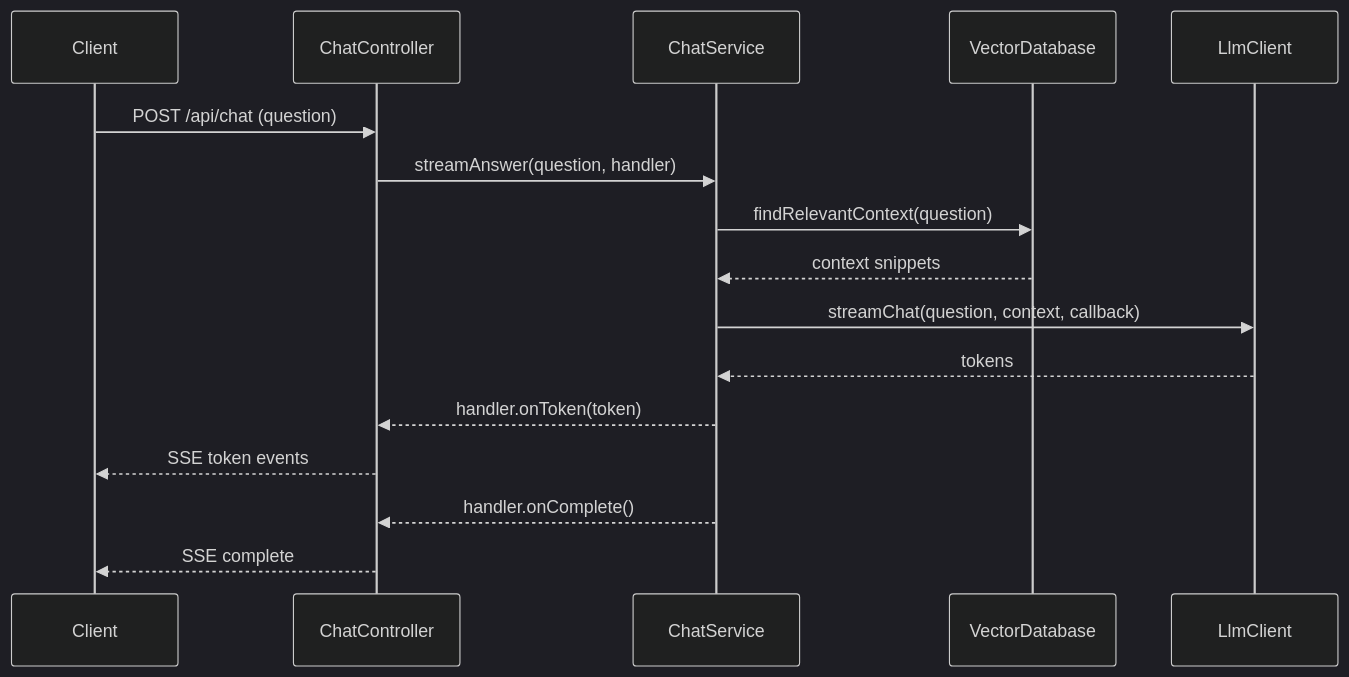
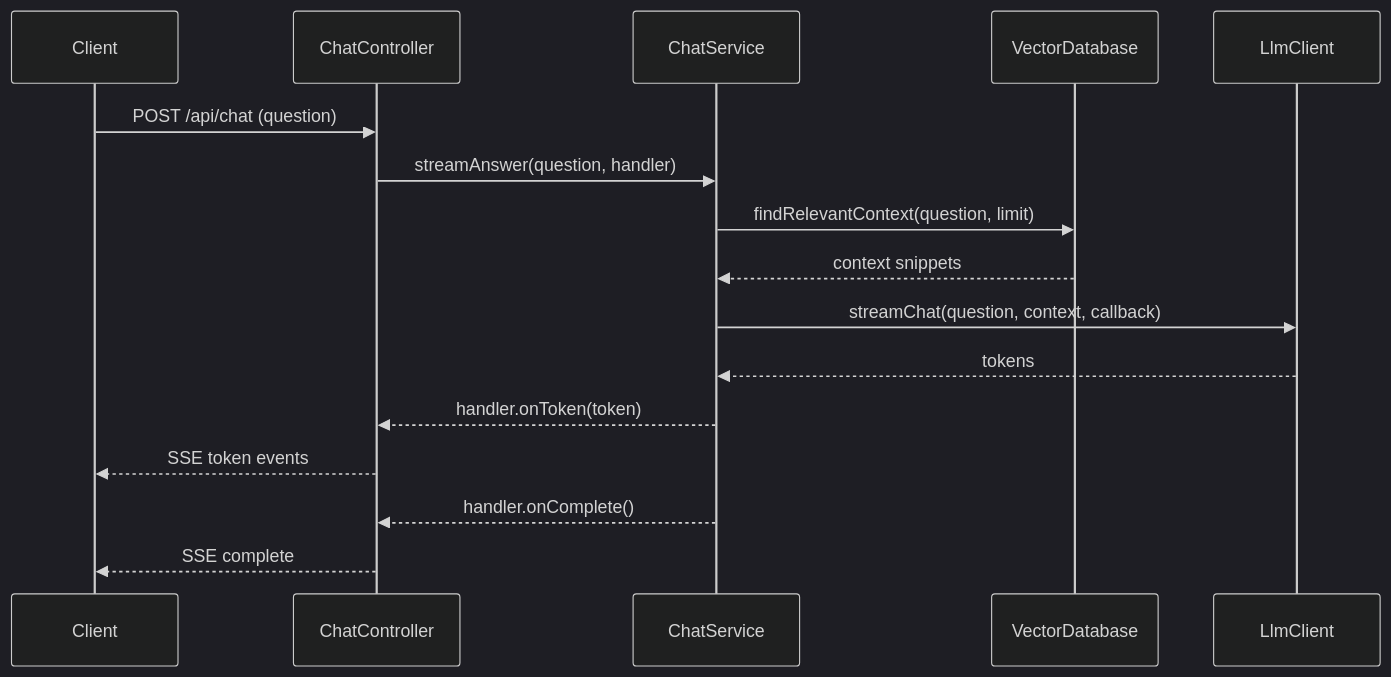
Before and after one commit to edigonzales/ki_raumplanung: the diagram in README.md, drawn with Mermaid (dark theme). The commit also changed other lines of this file and 12 other files, not shown here.

````diff
--- a/README.md
+++ b/README.md
@@ -23,19 +23,19 @@
 ```mermaid
 sequenceDiagram
     participant Client
     participant ChatController
     participant ChatService
     participant VectorDatabase
     participant LlmClient
 
     Client->>ChatController: POST /api/chat (question)
     ChatController->>ChatService: streamAnswer(question, handler)
-    ChatService->>VectorDatabase: findRelevantContext(question)
+    ChatService->>VectorDatabase: findRelevantContext(question, limit)
     VectorDatabase-->>ChatService: context snippets
     ChatService->>LlmClient: streamChat(question, context, callback)
     LlmClient-->>ChatService: tokens
     ChatService-->>ChatController: handler.onToken(token)
     ChatController-->>Client: SSE token events
     ChatService-->>ChatController: handler.onComplete()
     ChatController-->>Client: SSE complete
 ```
````
